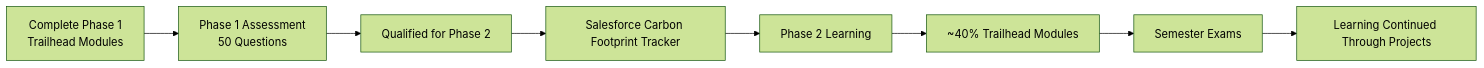
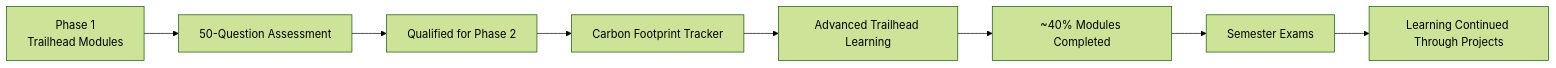
The diagram in remote/smartbridge/salesforce/README.md (udaycodespace/internships), drawn with Mermaid (forest theme) before and after one commit. The commit also changed other lines of this file, not shown here.

Commit message:
refactor(salesforce): improve documentation

````diff
--- a/remote/smartbridge/salesforce/README.md
+++ b/remote/smartbridge/salesforce/README.md
@@ -14,12 +16,12 @@
 ```mermaid
 flowchart LR
 
-A["Complete Phase 1<br/>Trailhead Modules"]
---> B["Phase 1 Assessment<br/>50 Questions"]
+A["Phase 1<br/>Trailhead Modules"]
+--> B["50-Question Assessment"]
 --> C["Qualified for Phase 2"]
---> D["Salesforce Carbon Footprint Tracker"]
---> E["Phase 2 Learning"]
---> F["~40% Trailhead Modules"]
+--> D["Carbon Footprint Tracker"]
+--> E["Advanced Trailhead Learning"]
+--> F["~40% Modules Completed"]
 --> G["Semester Exams"]
 --> H["Learning Continued Through Projects"]
 ```
````
